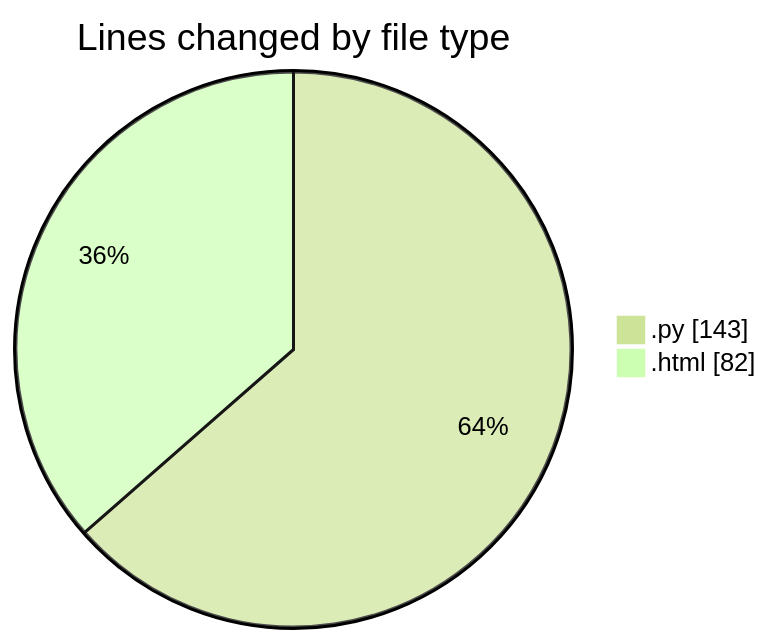
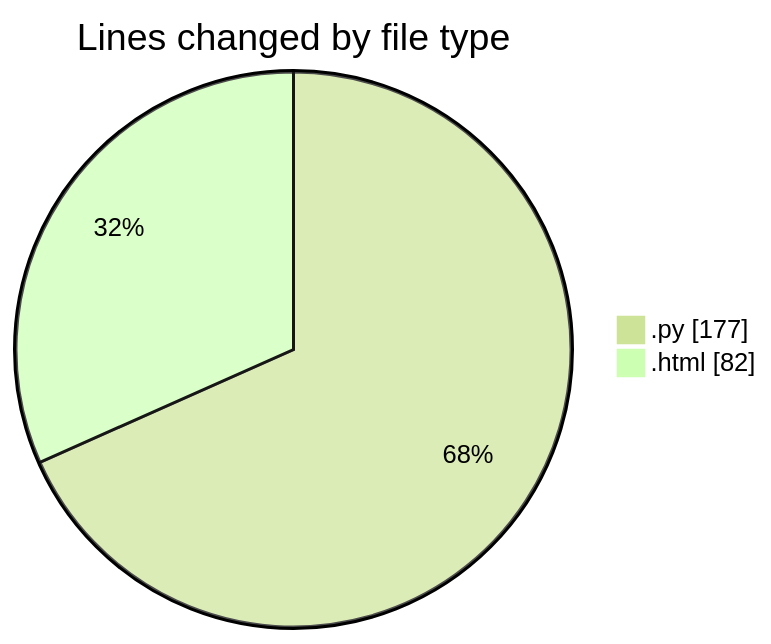
The first of 2 diagrams in 2025-07-17/projeto_sistema/README.md (FelipKnott/code-tracking), drawn with Mermaid (forest theme) before and after one commit. The commit also changed other lines of this file and 1 other file, not shown here.

````diff
--- a/2025-07-17/projeto_sistema/README.md
+++ b/2025-07-17/projeto_sistema/README.md
@@ -25,6 +26,6 @@
 ```mermaid
 pie showData
 title Lines changed by file type
-".py" : 143
+".py" : 177
 ".html" : 82
 ```
````
